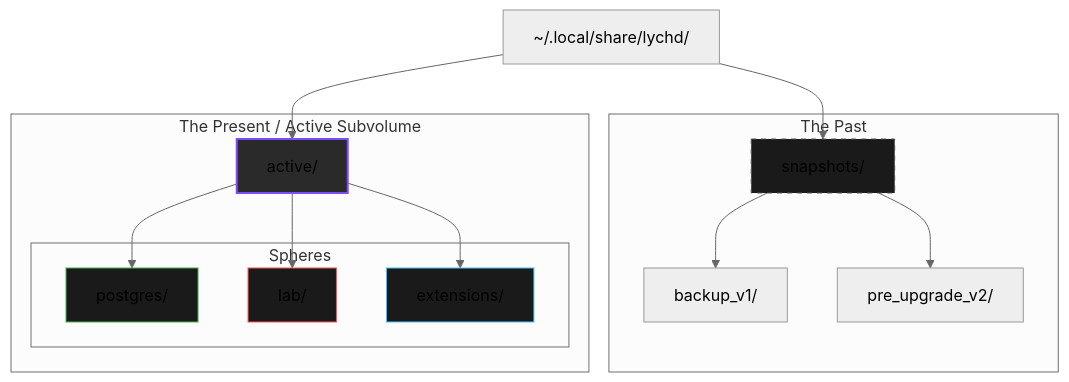
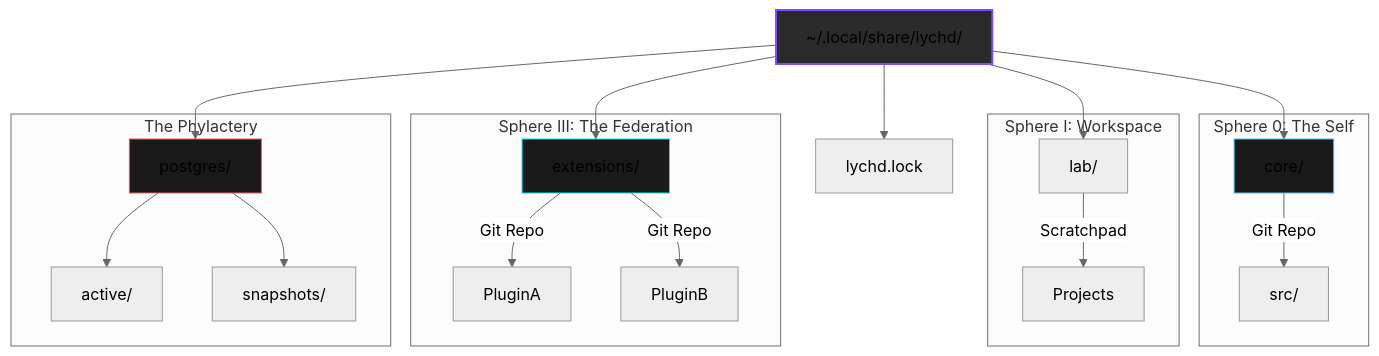
One commit to hexanomicon/lychd changed the diagram in docs/sepulcher/crypt.md. Above: the diagram before and after it, drawn with Mermaid (neutral theme). The commit also changed other lines of this file and 92 other files, not shown here.

````diff
--- a/docs/sepulcher/crypt.md
+++ b/docs/sepulcher/crypt.md
@@ -31,34 +42,33 @@
 ```mermaid
 graph TD
     Crypt[~/.local/share/lychd/]
 
-    subgraph Snapshots [The Past]
-        SnapDir[snapshots/]
-        S1[backup_v1/]
-        S2[pre_upgrade_v2/]
+    Crypt --> Core[core/]
+    Crypt --> Lab[lab/]
+    Crypt --> Ext[extensions/]
+    Crypt --> PG[postgres/]
+    Crypt --> Lock[lychd.lock]
+
+    subgraph "Sphere 0: The Self"
+        Core -- Git Repo --> Source[src/]
     end
 
-    subgraph Active [The Present / Active Subvolume]
-        ActiveDir[active/]
-
-        subgraph Spheres
-            Postgres[postgres/]
-            Lab[lab/]
-            Ext[extensions/]
-        end
+    subgraph "Sphere I: Workspace"
+        Lab -- Scratchpad --> Projects
     end
 
-    Crypt --> ActiveDir
-    Crypt --> SnapDir
-    SnapDir --> S1
-    SnapDir --> S2
-    ActiveDir --> Postgres
-    ActiveDir --> Lab
-    ActiveDir --> Ext
+    subgraph "Sphere III: The Federation"
+        Ext -- Git Repo --> PluginA
+        Ext -- Git Repo --> PluginB
+    end
 
-    style ActiveDir fill:#2a2a2a,stroke:#7c4dff,stroke-width:2px
-    style SnapDir fill:#1a1a1a,stroke:#555,stroke-dasharray: 5 5
-    style Postgres fill:#1a1a1a,stroke:#4caf50
-    style Lab fill:#1a1a1a,stroke:#ff5252
-    style Ext fill:#1a1a1a,stroke:#40c4ff
+    subgraph "The Phylactery"
+        PG --> Active[active/]
+        PG --> Snap[snapshots/]
+    end
+
+    style Crypt fill:#2a2a2a,stroke:#7c4dff,stroke-width:2px
+    style PG fill:#1a1a1a,stroke:#ff5252
+    style Core fill:#1a1a1a,stroke:#40c4ff
+    style Ext fill:#1a1a1a,stroke:#00e5ff
 ```
````
